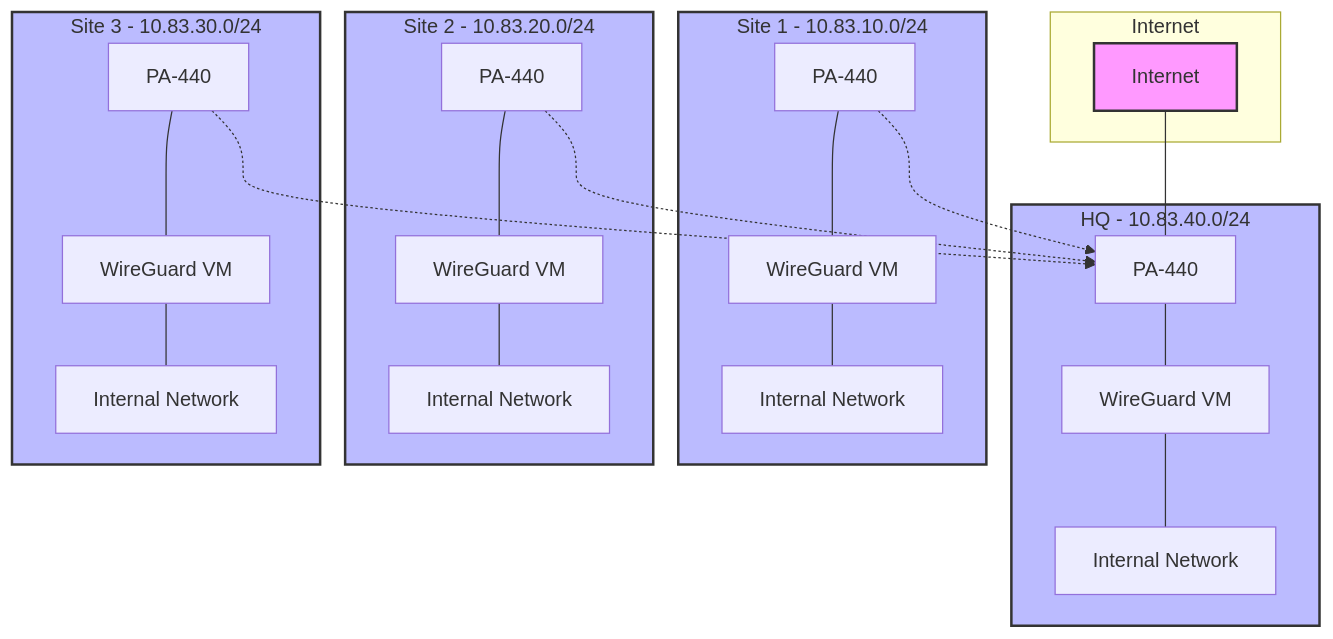
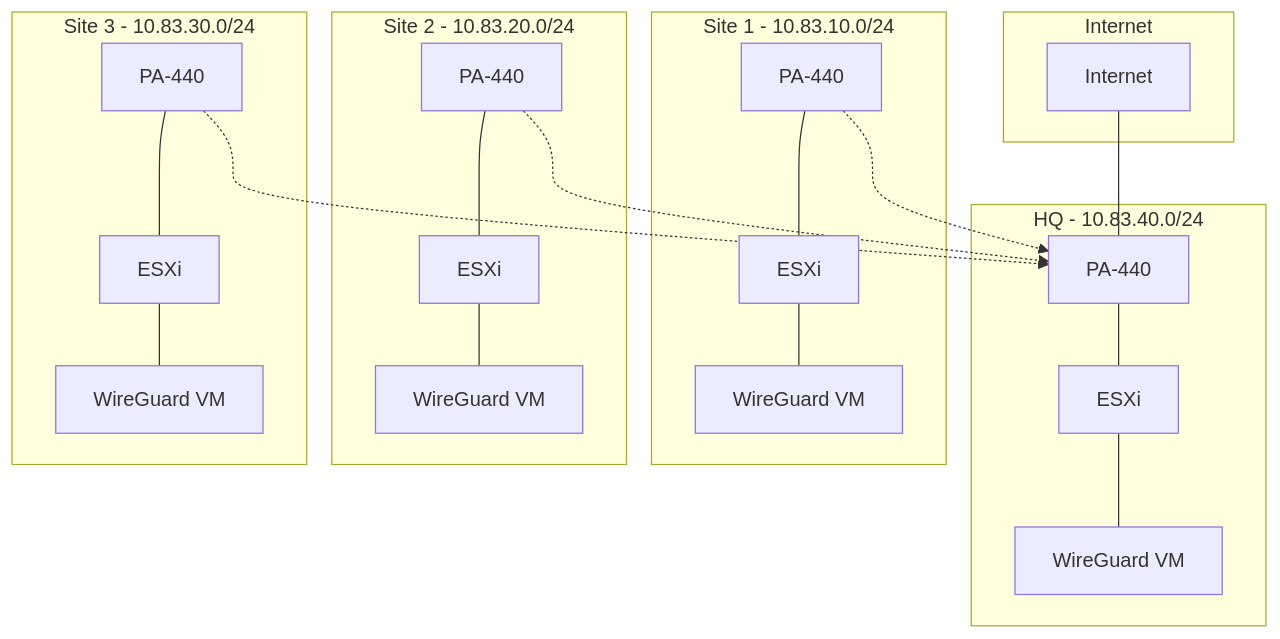
Before and after one commit to MarkusReadius/wireguard-pa440-vpn-guide: the diagram in README.md, drawn with Mermaid. The commit also changed other lines of this file and 3 other files, not shown here.

````diff
--- a/README.md
+++ b/README.md
@@ -15,50 +7,45 @@
 ```mermaid
 graph TB
     subgraph Internet
         inet[Internet]
     end
 
     subgraph HQ[HQ - 10.83.40.0/24]
         pa440_hq[PA-440]
+        esxi_hq[ESXi]
         wg_hq[WireGuard VM]
-        internal_hq[Internal Network]
     end
 
     subgraph Site1[Site 1 - 10.83.10.0/24]
         pa440_1[PA-440]
+        esxi_1[ESXi]
         wg_1[WireGuard VM]
-        internal_1[Internal Network]
     end
 
     subgraph Site2[Site 2 - 10.83.20.0/24]
         pa440_2[PA-440]
+        esxi_2[ESXi]
         wg_2[WireGuard VM]
-        internal_2[Internal Network]
     end
 
     subgraph Site3[Site 3 - 10.83.30.0/24]
         pa440_3[PA-440]
+        esxi_3[ESXi]
         wg_3[WireGuard VM]
-        internal_3[Internal Network]
     end
 
     inet --- pa440_hq
     pa440_1 -.-> pa440_hq
     pa440_2 -.-> pa440_hq
     pa440_3 -.-> pa440_hq
 
-    pa440_hq --- wg_hq
-    pa440_1 --- wg_1
-    pa440_2 --- wg_2
-    pa440_3 --- wg_3
+    pa440_hq --- esxi_hq
+    pa440_1 --- esxi_1
+    pa440_2 --- esxi_2
+    pa440_3 --- esxi_3
 
-    wg_hq --- internal_hq
-    wg_1 --- internal_1
-    wg_2 --- internal_2
-    wg_3 --- internal_3
-
-    classDef internet fill:#f9f,stroke:#333,stroke-width:2px;
-    classDef site fill:#bbf,stroke:#333,stroke-width:2px;
-    class inet internet;
-    class HQ,Site1,Site2,Site3 site;
+    esxi_hq --- wg_hq
+    esxi_1 --- wg_1
+    esxi_2 --- wg_2
+    esxi_3 --- wg_3
 ```
````
